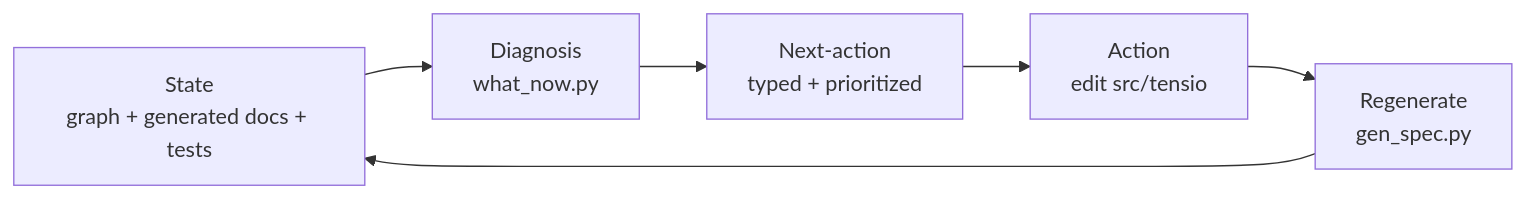
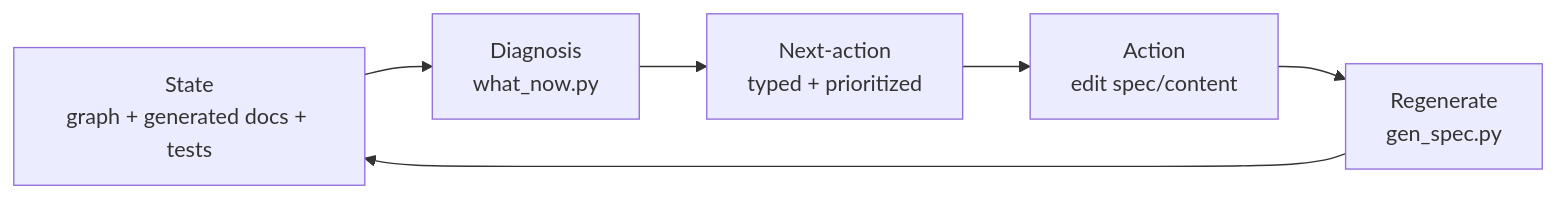
One commit to PHPCraftdream/HotamSpec changed the second of 2 diagrams in docs/methodology/README.md. Above: the diagram before and after it, drawn with Mermaid. The commit also changed 13 other files, not shown here.

````diff
--- a/docs/methodology/README.md
+++ b/docs/methodology/README.md
@@ -109,8 +109,8 @@
 ```mermaid
 graph LR
     S["State<br/>graph + generated docs + tests"] --> D["Diagnosis<br/>what_now.py"]
     D --> N["Next-action<br/>typed + prioritized"]
-    N --> A["Action<br/>edit src/tensio"]
+    N --> A["Action<br/>edit spec/content"]
     A --> R["Regenerate<br/>gen_spec.py"]
     R --> S
 ```
````
